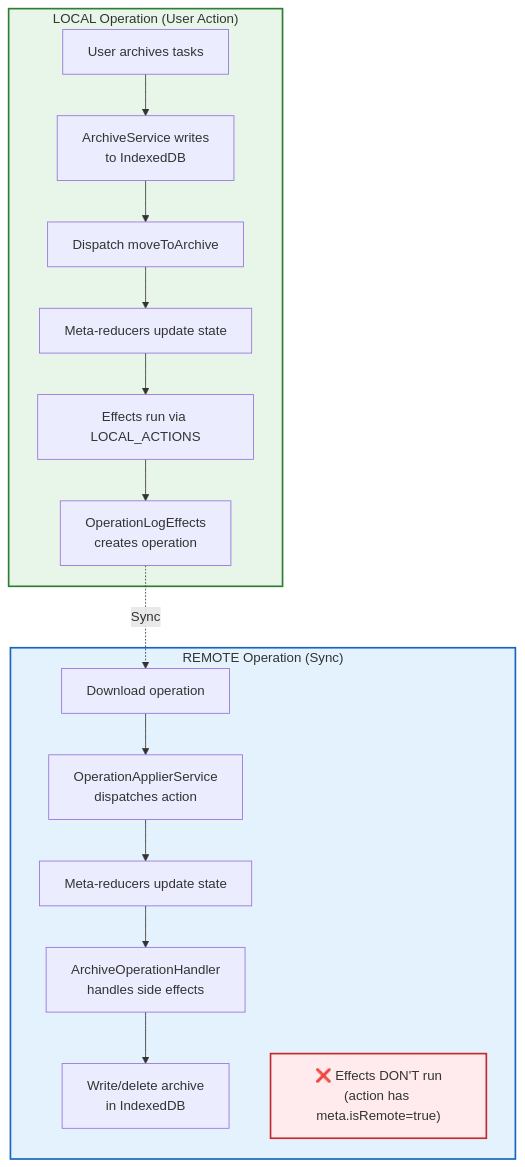
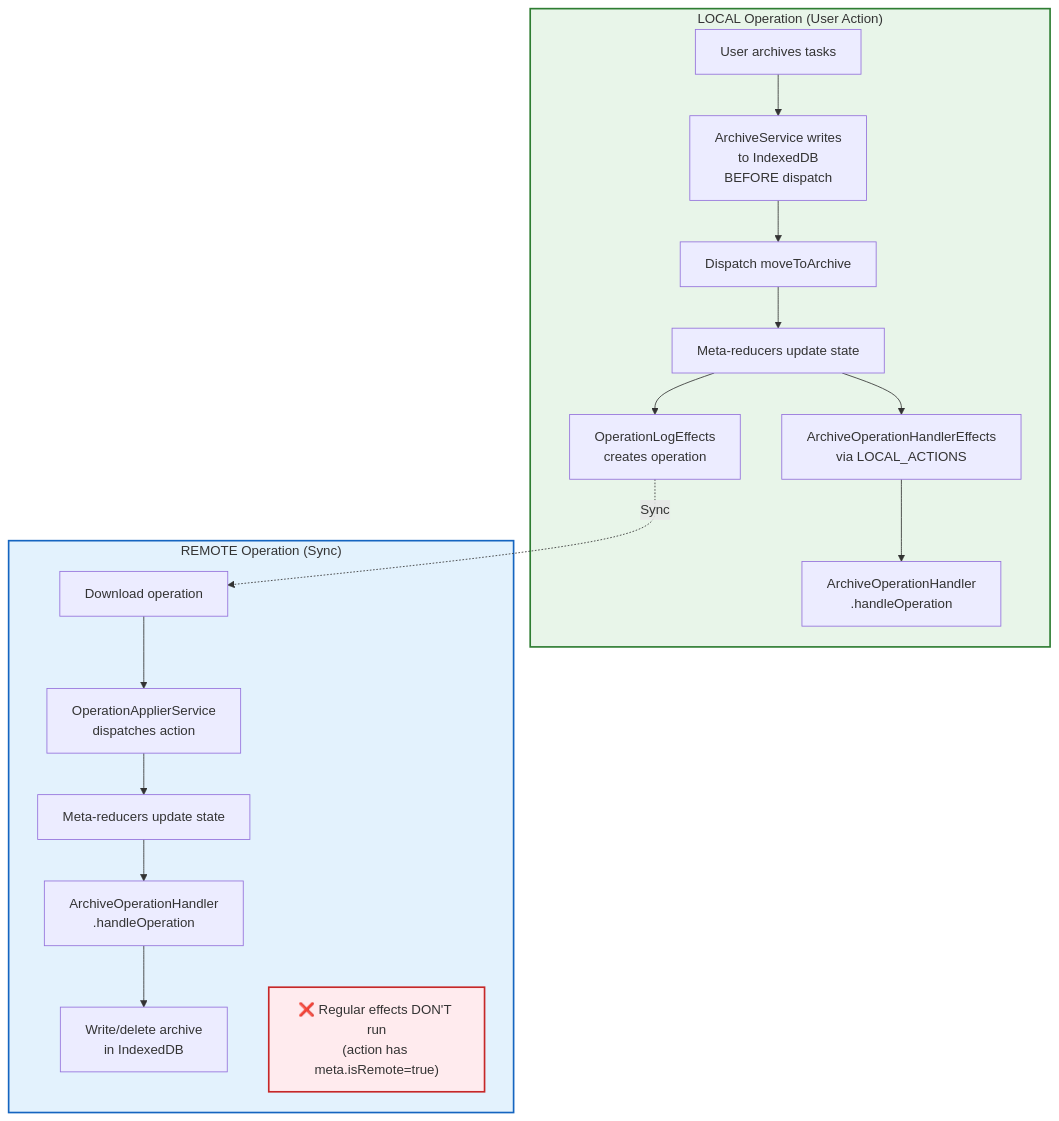
One commit to johannesjo/super-productivity changed diagram 18 of 19 in src/app/core/persistence/operation-log/docs/operation-log-architecture-diagrams.md. Above: the diagram before and after it, drawn with Mermaid. The commit also changed other lines of this file and 2 other files, not shown here.

First line of the commit message:
docs(sync): update architecture docs for recent refactors

````diff
--- a/src/app/core/persistence/operation-log/docs/operation-log-architecture-diagrams.md
+++ b/src/app/core/persistence/operation-log/docs/operation-log-architecture-diagrams.md
@@ -812,25 +814,26 @@
 ```mermaid
 flowchart TD
     subgraph LocalOp["LOCAL Operation (User Action)"]
-        L1[User archives tasks] --> L2[ArchiveService writes<br/>to IndexedDB]
+        L1[User archives tasks] --> L2[ArchiveService writes<br/>to IndexedDB<br/>BEFORE dispatch]
         L2 --> L3[Dispatch moveToArchive]
         L3 --> L4[Meta-reducers update state]
-        L4 --> L5[Effects run via LOCAL_ACTIONS]
-        L5 --> L6[OperationLogEffects<br/>creates operation]
+        L4 --> L5[ArchiveOperationHandlerEffects<br/>via LOCAL_ACTIONS]
+        L5 --> L6[ArchiveOperationHandler<br/>.handleOperation]
+        L4 --> L7[OperationLogEffects<br/>creates operation]
     end
 
     subgraph RemoteOp["REMOTE Operation (Sync)"]
         R1[Download operation] --> R2[OperationApplierService<br/>dispatches action]
         R2 --> R3[Meta-reducers update state]
-        R3 --> R4[ArchiveOperationHandler<br/>handles side effects]
+        R3 --> R4[ArchiveOperationHandler<br/>.handleOperation]
         R4 --> R5[Write/delete archive<br/>in IndexedDB]
 
-        NoEffect["❌ Effects DON'T run<br/>(action has meta.isRemote=true)"]
+        NoEffect["❌ Regular effects DON'T run<br/>(action has meta.isRemote=true)"]
     end
 
-    L6 -.->|"Sync"| R1
+    L7 -.->|"Sync"| R1
 
     style LocalOp fill:#e8f5e9,stroke:#2e7d32,stroke-width:2px
     style RemoteOp fill:#e3f2fd,stroke:#1565c0,stroke-width:2px
     style NoEffect fill:#ffebee,stroke:#c62828,stroke-width:2px
 ```
````
